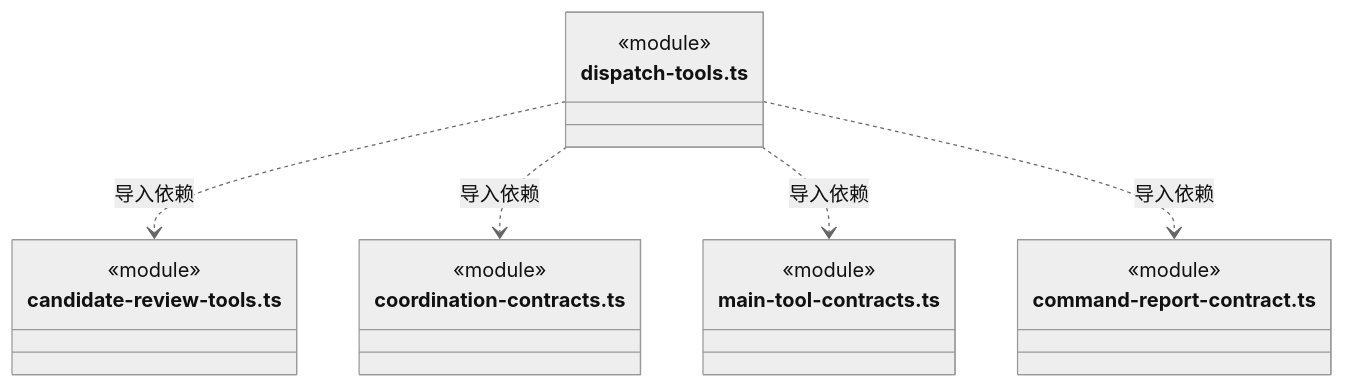
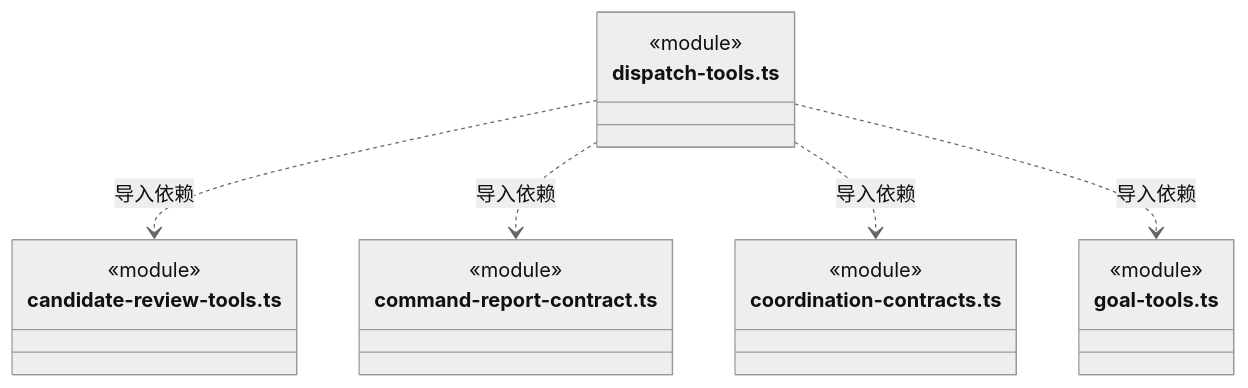
Diagram 22 of 24 in src/logic/tools/runtime/ARCHITECTURE.md (nan023062/cbim), drawn with Mermaid (neutral theme) before and after one commit. The commit also changed other lines of this file and 112 other files, not shown here.

Commit message:
docs: align source architecture with current declarations and contracts

````diff
--- a/src/logic/tools/runtime/ARCHITECTURE.md
+++ b/src/logic/tools/runtime/ARCHITECTURE.md
@@ -828,22 +828,22 @@
 ```mermaid
 classDiagram
 class N_src_logic_tools_runtime_dispatch_tools_ts["dispatch-tools.ts"] {
   <<module>>
 }
 class N_src_logic_tools_runtime_candidate_review_tools_ts["candidate-review-tools.ts"] {
   <<module>>
 }
+class N_src_logic_tools_runtime_command_report_contract_ts["command-report-contract.ts"] {
+  <<module>>
+}
 class N_src_logic_tools_runtime_coordination_contracts_ts["coordination-contracts.ts"] {
   <<module>>
 }
-class N_src_logic_tools_runtime_main_tool_contracts_ts["main-tool-contracts.ts"] {
-  <<module>>
-}
-class N_src_logic_tools_runtime_command_report_contract_ts["command-report-contract.ts"] {
+class N_src_logic_tools_runtime_goal_tools_ts["goal-tools.ts"] {
   <<module>>
 }
 N_src_logic_tools_runtime_dispatch_tools_ts ..> N_src_logic_tools_runtime_candidate_review_tools_ts : 导入依赖
+N_src_logic_tools_runtime_dispatch_tools_ts ..> N_src_logic_tools_runtime_command_report_contract_ts : 导入依赖
 N_src_logic_tools_runtime_dispatch_tools_ts ..> N_src_logic_tools_runtime_coordination_contracts_ts : 导入依赖
-N_src_logic_tools_runtime_dispatch_tools_ts ..> N_src_logic_tools_runtime_main_tool_contracts_ts : 导入依赖
-N_src_logic_tools_runtime_dispatch_tools_ts ..> N_src_logic_tools_runtime_command_report_contract_ts : 导入依赖
+N_src_logic_tools_runtime_dispatch_tools_ts ..> N_src_logic_tools_runtime_goal_tools_ts : 导入依赖
 ```
````
